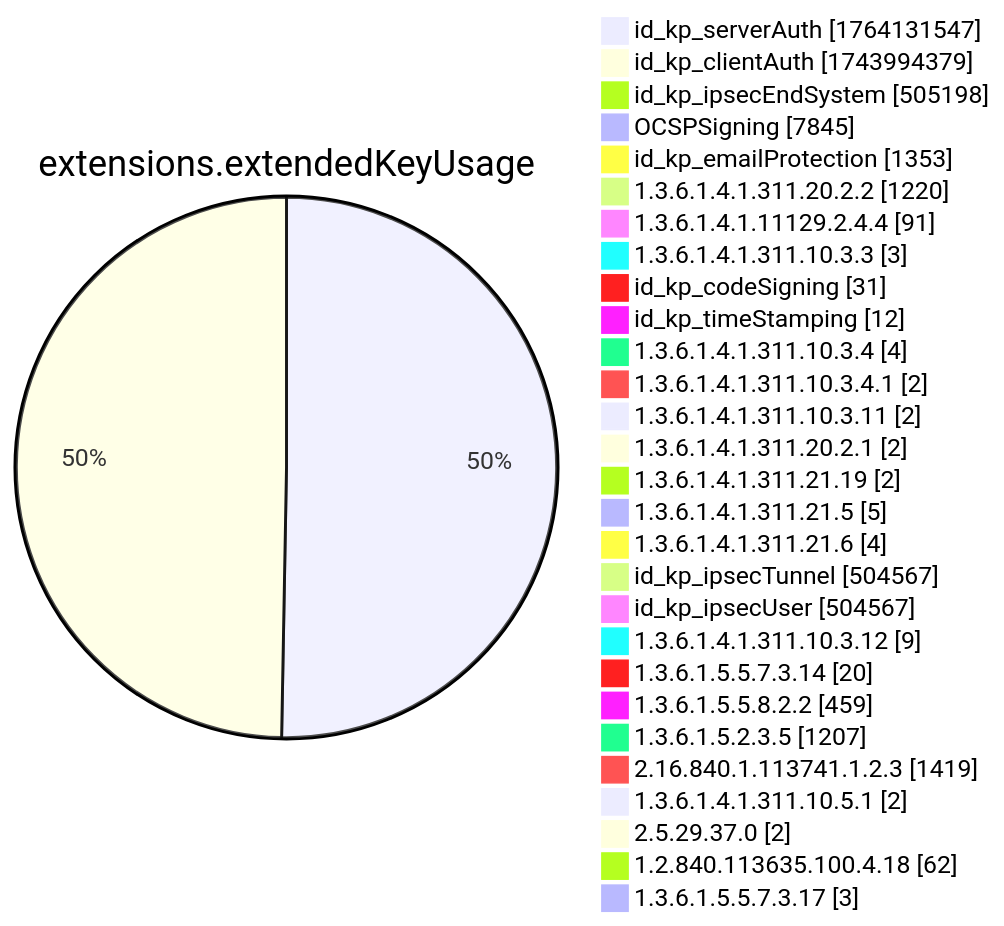
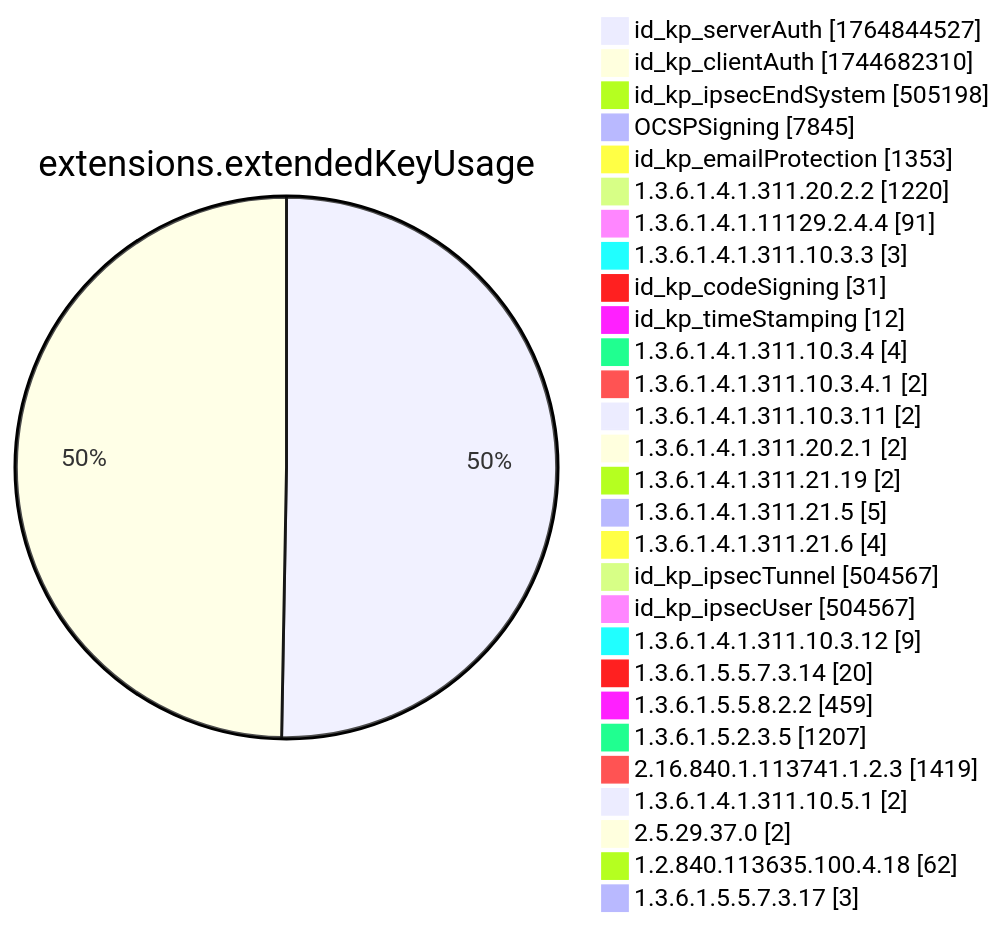
One commit to christiankrug/ctmonitor_visualization changed diagram 12 of 15 in xenon2022/README.md. Above: the diagram before and after it, drawn with Mermaid. The commit also changed other lines of this file, not shown here.

````diff
--- a/xenon2022/README.md
+++ b/xenon2022/README.md
@@ -3893,32 +3893,32 @@
 ```mermaid
 pie showData
 title extensions.extendedKeyUsage
-"id_kp_serverAuth" :1764131547
-"id_kp_clientAuth" :1743994379
+"id_kp_serverAuth" :1764844527
+"id_kp_clientAuth" :1744682310
 "id_kp_ipsecEndSystem" :505198
 "OCSPSigning" :7845
 "id_kp_emailProtection" :1353
 "1.3.6.1.4.1.311.20.2.2" :1220
 "1.3.6.1.4.1.11129.2.4.4" :91
 "1.3.6.1.4.1.311.10.3.3" :3
 "id_kp_codeSigning" :31
 "id_kp_timeStamping" :12
 "1.3.6.1.4.1.311.10.3.4" :4
 "1.3.6.1.4.1.311.10.3.4.1" :2
 "1.3.6.1.4.1.311.10.3.11" :2
 "1.3.6.1.4.1.311.20.2.1" :2
 "1.3.6.1.4.1.311.21.19" :2
 "1.3.6.1.4.1.311.21.5" :5
 "1.3.6.1.4.1.311.21.6" :4
 "id_kp_ipsecTunnel" :504567
 "id_kp_ipsecUser" :504567
 "1.3.6.1.4.1.311.10.3.12" :9
 "1.3.6.1.5.5.7.3.14" :20
 "1.3.6.1.5.5.8.2.2" :459
 "1.3.6.1.5.2.3.5" :1207
 "2.16.840.1.113741.1.2.3" :1419
 "1.3.6.1.4.1.311.10.5.1" :2
 "2.5.29.37.0" :2
 "1.2.840.113635.100.4.18" :62
 "1.3.6.1.5.5.7.3.17" :3
 ```
````
